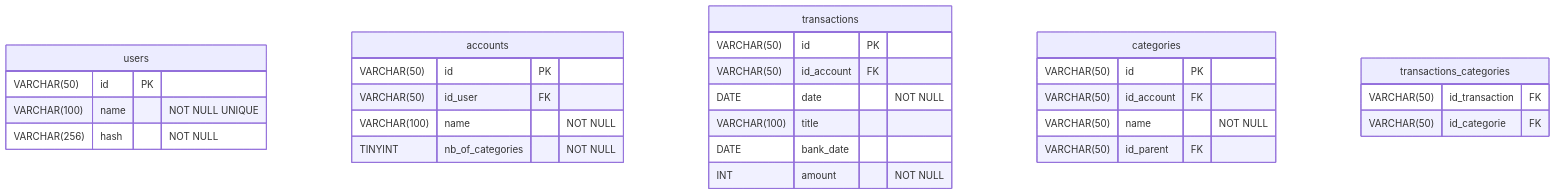
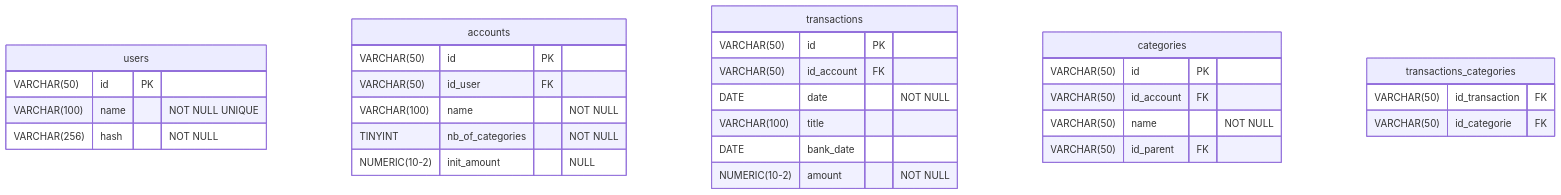
Before and after one commit to floalzaix/accounts: the second of 3 diagrams in structure.md, drawn with Mermaid. The commit also changed 14 other files, not shown here.

````diff
--- a/structure.md
+++ b/structure.md
@@ -93,32 +93,33 @@
     ```mermaid
             erDiagram
                 users {
                     VARCHAR(50) id PK
                     VARCHAR(100) name "NOT NULL UNIQUE"
                     VARCHAR(256) hash "NOT NULL"
                 }
                 accounts {
                     VARCHAR(50) id PK
                     VARCHAR(50) id_user FK
                     VARCHAR(100) name "NOT NULL"
                     TINYINT nb_of_categories "NOT NULL"
+                    NUMERIC(10-2) init_amount "NULL"
                 }
                 transactions {
                     VARCHAR(50) id PK
                     VARCHAR(50) id_account FK
                     DATE date "NOT NULL"
                     VARCHAR(100) title 
                     DATE bank_date 
-                    INT amount "NOT NULL"
+                    NUMERIC(10-2) amount "NOT NULL"
                 }
                 categories {
                     VARCHAR(50) id PK
                     VARCHAR(50) id_account FK
                     VARCHAR(50) name "NOT NULL"
                     VARCHAR(50) id_parent FK
                 }
                 transactions_categories {
                     VARCHAR(50) id_transaction FK 
                     VARCHAR(50) id_categorie FK
                 }
     ```
````
